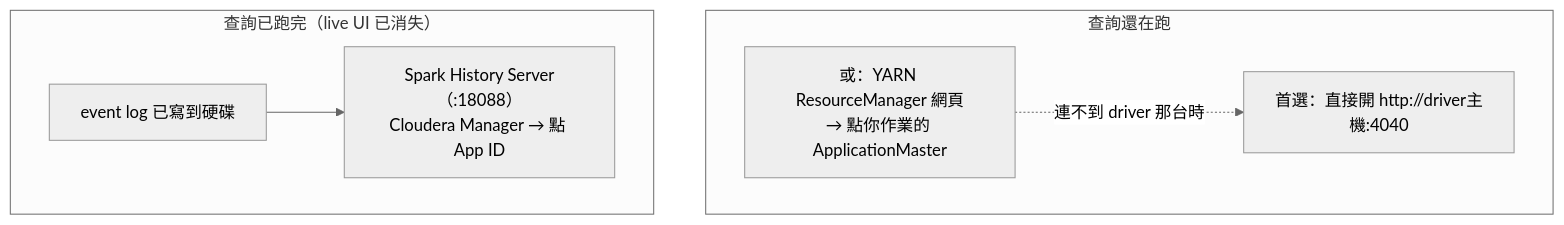
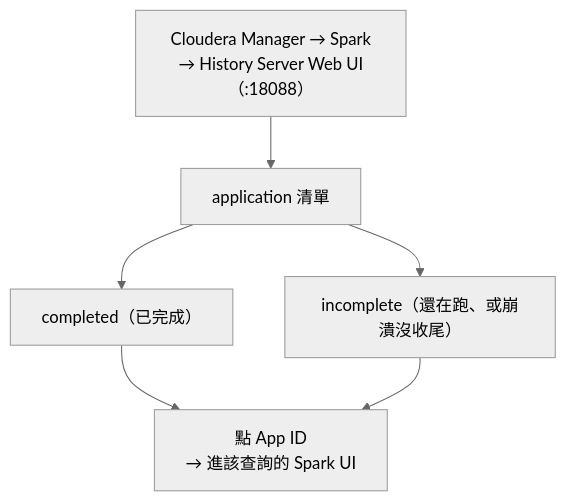
The second of 4 diagrams in docs/handbooks/spark-tuning/02-diagnose-with-spark-ui.md (curtis-lu/recsys-demo), drawn with Mermaid (neutral theme) before and after one commit. The commit also changed other lines of this file and 1 other file, not shown here.

Commit message:
docs(spark-handbook): 第02章 user 回饋修（§2.2 改走 History Server incomplete/completed、加 mock Summary Metrics 面板+§2.8 慢查詢驗屍貫穿範例）

````diff
--- a/docs/handbooks/spark-tuning/02-diagnose-with-spark-ui.md
+++ b/docs/handbooks/spark-tuning/02-diagnose-with-spark-ui.md
@@ -53,11 +53,8 @@
 ```mermaid
 flowchart TB
-    subgraph LIVE["查詢還在跑"]
-        L1["首選：直接開 http://driver主機:4040"]
-        L2["或：YARN ResourceManager 網頁<br/>→ 點你作業的 ApplicationMaster"]
-        L2 -. "連不到 driver 那台時" .-> L1
-    end
-    subgraph DONE["查詢已跑完（live UI 已消失）"]
-        D1["event log 已寫到硬碟"] --> D2["Spark History Server（:18088）<br/>Cloudera Manager → 點 App ID"]
-    end
+    CM["Cloudera Manager → Spark<br/>→ History Server Web UI（:18088）"] --> LIST["application 清單"]
+    LIST --> C["completed（已完成）"]
+    LIST --> I["incomplete（還在跑、或崩潰沒收尾）"]
+    C --> APPID["點 App ID<br/>→ 進該查詢的 Spark UI"]
+    I --> APPID
 ```
````
